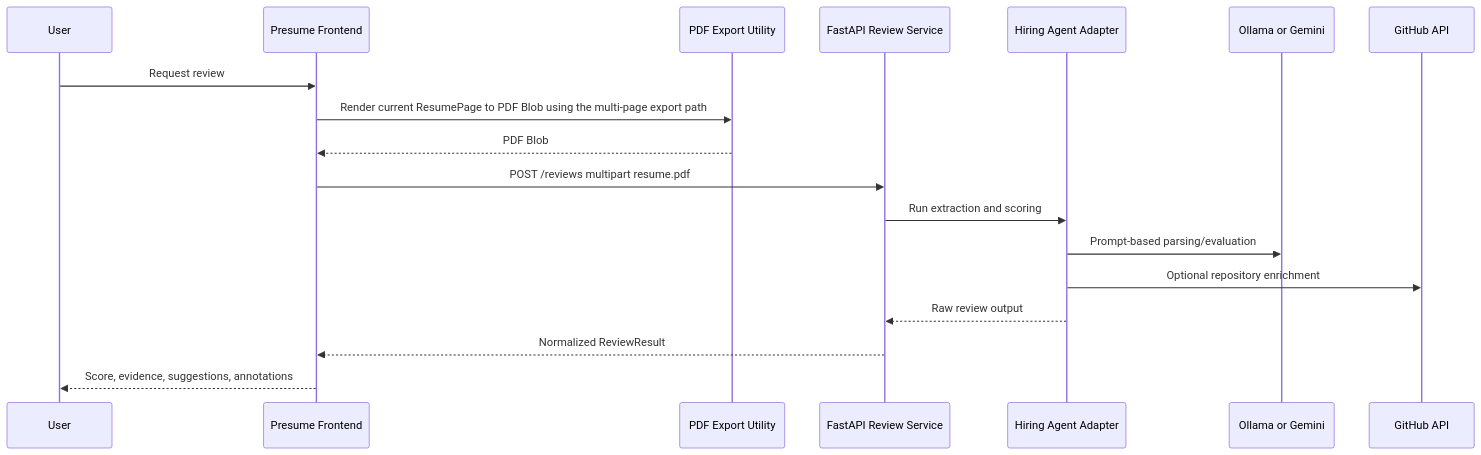
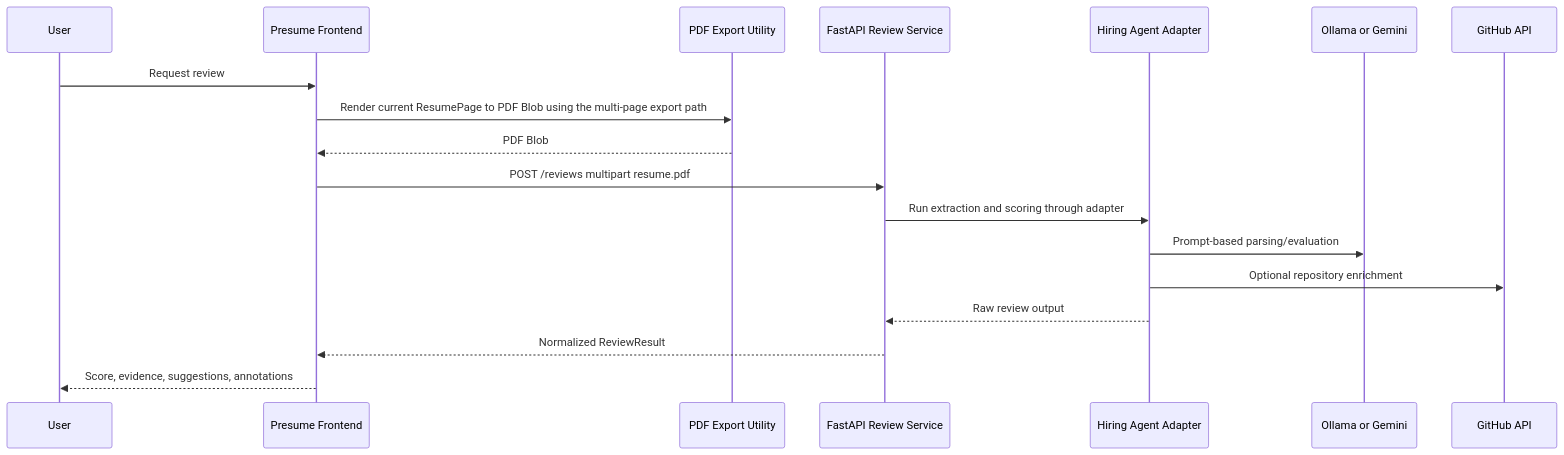
One commit to nikolaisalazar/presume changed the second of 2 diagrams in docs/ARCHITECTURE.md. Above: the diagram before and after it, drawn with Mermaid. The commit also changed other lines of this file and 20 other files, not shown here.

````diff
--- a/docs/ARCHITECTURE.md
+++ b/docs/ARCHITECTURE.md
@@ -104,21 +106,21 @@
 ```mermaid
 sequenceDiagram
   participant User
   participant UI as Presume Frontend
   participant PDF as PDF Export Utility
   participant API as FastAPI Review Service
   participant HA as Hiring Agent Adapter
   participant LLM as Ollama or Gemini
   participant GH as GitHub API
 
   User->>UI: Request review
   UI->>PDF: Render current ResumePage to PDF Blob using the multi-page export path
   PDF-->>UI: PDF Blob
   UI->>API: POST /reviews multipart resume.pdf
-  API->>HA: Run extraction and scoring
+  API->>HA: Run extraction and scoring through adapter
   HA->>LLM: Prompt-based parsing/evaluation
   HA->>GH: Optional repository enrichment
   HA-->>API: Raw review output
   API-->>UI: Normalized ReviewResult
   UI-->>User: Score, evidence, suggestions, annotations
 ```
````
